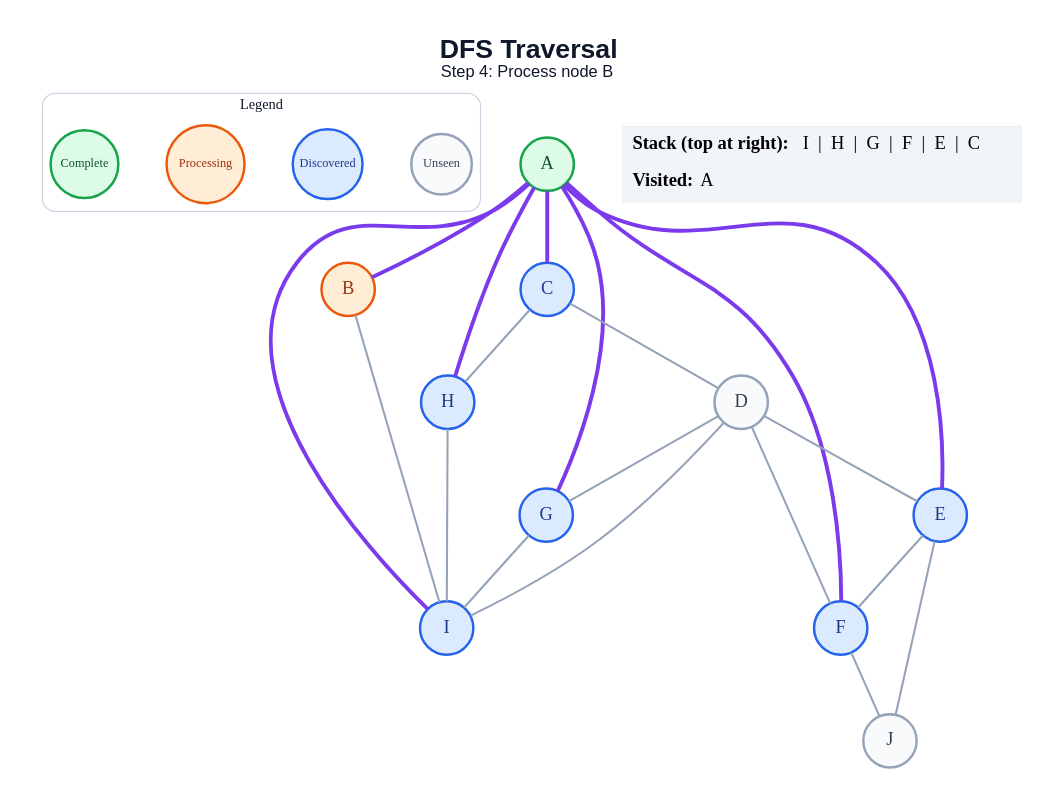
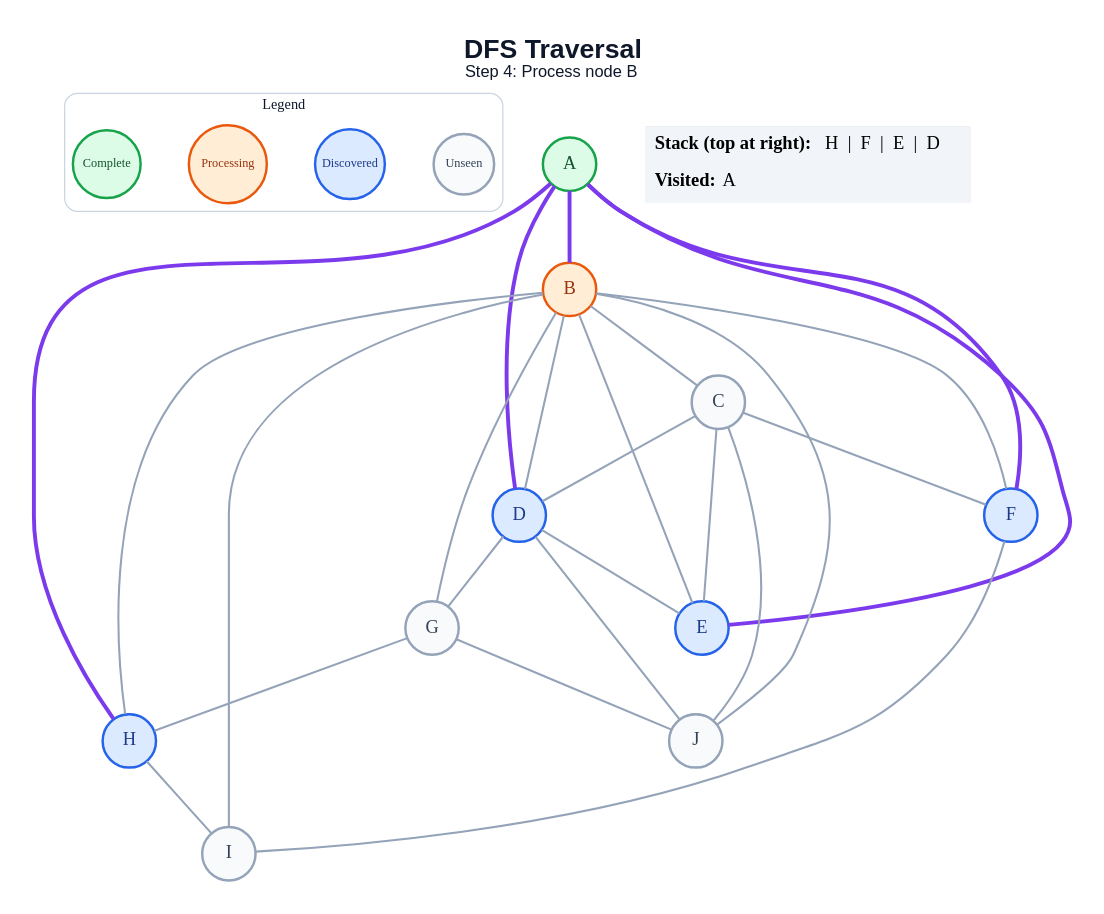
The diagram in generated/dfs/step_04.dot (amanghodawala9/ai-slop), drawn with Graphviz before and after one commit. The commit also changed 178 other files, not shown here.

```diff
--- a/generated/dfs/step_04.dot
+++ b/generated/dfs/step_04.dot
@@ -1,48 +1,53 @@
 graph traversal {
   graph [layout=dot, rankdir=TB, bgcolor="#FFFFFF", pad="0.35", nodesep="0.65", ranksep="0.8", fontname="Arial"];
   node [shape=circle, style="filled", fontname="Arial Bold", fontsize=18, width=0.72, fixedsize=true, penwidth=2.4];
   edge [color="#94A3B8", penwidth=2.0];
   label=<<B>DFS Traversal</B><BR/><FONT POINT-SIZE="16">Step 4: Process node B</FONT>>; labelloc="t"; fontsize=26; fontname="Arial"; fontcolor="#0F172A";
   subgraph cluster_legend { label="Legend"; color="#CBD5E1"; penwidth=1.2; style="rounded"; fontsize=14; fontname="Arial Bold";
     key_unseen [label="Unseen", fillcolor="#F8FAFC", color="#94A3B8", fontcolor="#334155", fontsize=12, width=0.82];
     key_frontier [label="Discovered", fillcolor="#DBEAFE", color="#2563EB", fontcolor="#1E3A8A", fontsize=12, width=0.95];
     key_current [label="Processing", fillcolor="#FFEDD5", color="#EA580C", fontcolor="#9A3412", fontsize=12, width=1.05];
     key_done [label="Complete", fillcolor="#DCFCE7", color="#16A34A", fontcolor="#14532D", fontsize=12, width=0.92];
     { rank=same; key_unseen; key_frontier; key_current; key_done; }
   }
   A [fillcolor="#DCFCE7", color="#16A34A", fontcolor="#14532D"];
   B [fillcolor="#FFEDD5", color="#EA580C", fontcolor="#9A3412"];
-  C [fillcolor="#DBEAFE", color="#2563EB", fontcolor="#1E3A8A"];
-  D [fillcolor="#F8FAFC", color="#94A3B8", fontcolor="#334155"];
+  C [fillcolor="#F8FAFC", color="#94A3B8", fontcolor="#334155"];
+  D [fillcolor="#DBEAFE", color="#2563EB", fontcolor="#1E3A8A"];
   E [fillcolor="#DBEAFE", color="#2563EB", fontcolor="#1E3A8A"];
   F [fillcolor="#DBEAFE", color="#2563EB", fontcolor="#1E3A8A"];
-  G [fillcolor="#DBEAFE", color="#2563EB", fontcolor="#1E3A8A"];
+  G [fillcolor="#F8FAFC", color="#94A3B8", fontcolor="#334155"];
   H [fillcolor="#DBEAFE", color="#2563EB", fontcolor="#1E3A8A"];
-  I [fillcolor="#DBEAFE", color="#2563EB", fontcolor="#1E3A8A"];
+  I [fillcolor="#F8FAFC", color="#94A3B8", fontcolor="#334155"];
   J [fillcolor="#F8FAFC", color="#94A3B8", fontcolor="#334155"];
   A -- B [color="#7C3AED", penwidth=3.8];
-  A -- C [color="#7C3AED", penwidth=3.8];
+  A -- D [color="#7C3AED", penwidth=3.8];
   A -- E [color="#7C3AED", penwidth=3.8];
   A -- F [color="#7C3AED", penwidth=3.8];
-  A -- G [color="#7C3AED", penwidth=3.8];
   A -- H [color="#7C3AED", penwidth=3.8];
-  A -- I [color="#7C3AED", penwidth=3.8];
+  B -- C;
+  B -- D;
+  B -- E;
+  B -- F;
+  B -- G;
+  B -- H;
   B -- I;
+  B -- J;
   C -- D;
-  C -- H;
+  C -- E;
+  C -- F;
+  C -- J;
   D -- E;
-  D -- F;
   D -- G;
-  D -- I;
-  E -- F;
-  E -- J;
-  F -- J;
-  G -- I;
+  D -- J;
+  F -- I;
+  G -- H;
+  G -- J;
   H -- I;
   status [shape=plain, fixedsize=false, width=0, height=0, margin=0, label=<
     <TABLE BORDER="0" CELLBORDER="0" CELLPADDING="7" BGCOLOR="#F1F5F9">
-      <TR><TD ALIGN="LEFT"><B>Stack (top at right):</B> I  |  H  |  G  |  F  |  E  |  C</TD></TR>
+      <TR><TD ALIGN="LEFT"><B>Stack (top at right):</B> H  |  F  |  E  |  D</TD></TR>
       <TR><TD ALIGN="LEFT"><B>Visited:</B> A</TD></TR>
     </TABLE>
   >];
 }
```
